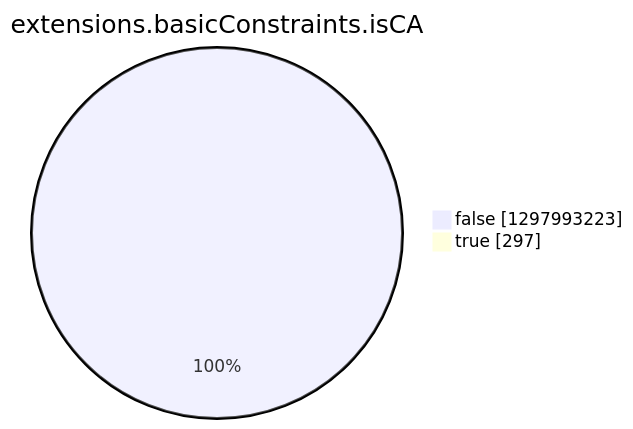
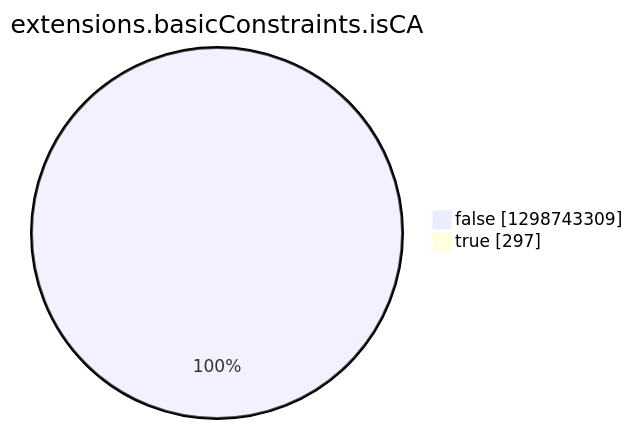
One commit to christiankrug/ctmonitor_visualization changed the eighth of 15 diagrams in argon2022/README.md. Above: the diagram before and after it, drawn with Mermaid. The commit also changed other lines of this file, not shown here.

````diff
--- a/argon2022/README.md
+++ b/argon2022/README.md
@@ -2757,6 +2757,6 @@
 ```mermaid
 pie showData
 title extensions.basicConstraints.isCA
-"false" :1297993223
+"false" :1298743309
 "true" :297
 ```
````
